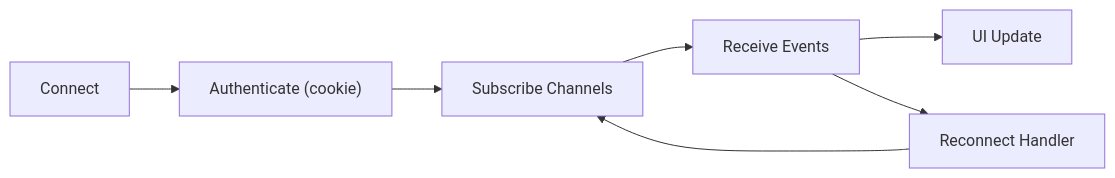
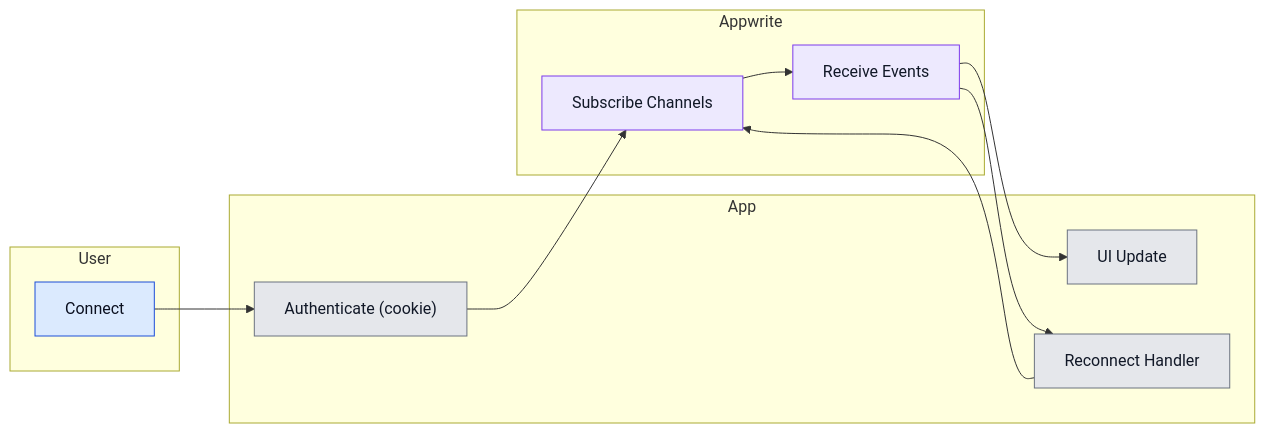
One commit to kpm34/college-football-fantasy-app changed the diagram in docs/diagrams/user-journeys/realtime-user-flow.md. Above: the diagram before and after it, drawn with Mermaid. The commit also changed 20 other files, not shown here.

````diff
--- a/docs/diagrams/user-journeys/realtime-user-flow.md
+++ b/docs/diagrams/user-journeys/realtime-user-flow.md
@@ -10,9 +10,26 @@
 ```mermaid
 flowchart LR
-  C["Connect"] --> A["Authenticate (cookie)"]
-  A --> S["Subscribe Channels"]
-  S --> E["Receive Events"]
-  E --> U["UI Update"]
-  E --> R["Reconnect Handler"]
-  R --> S
+  subgraph User
+    C["Connect"]
+  end
+  subgraph App
+    A["Authenticate (cookie)"]
+    U["UI Update"]
+    R["Reconnect Handler"]
+  end
+  subgraph Appwrite
+    S["Subscribe Channels"]
+    E["Receive Events"]
+  end
+
+  C --> A --> S --> E --> U
+  E --> R --> S
+
+  %% Lane colors (match UI legend)
+  classDef laneUser fill:#DBEAFE,stroke:#1D4ED8,color:#0B1020
+  classDef laneApp fill:#E5E7EB,stroke:#6B7280,color:#111827
+  classDef laneAppwrite fill:#EDE9FE,stroke:#7C3AED,color:#111827
+  class C laneUser
+  class A,U,R laneApp
+  class S,E laneAppwrite
 ```
````
